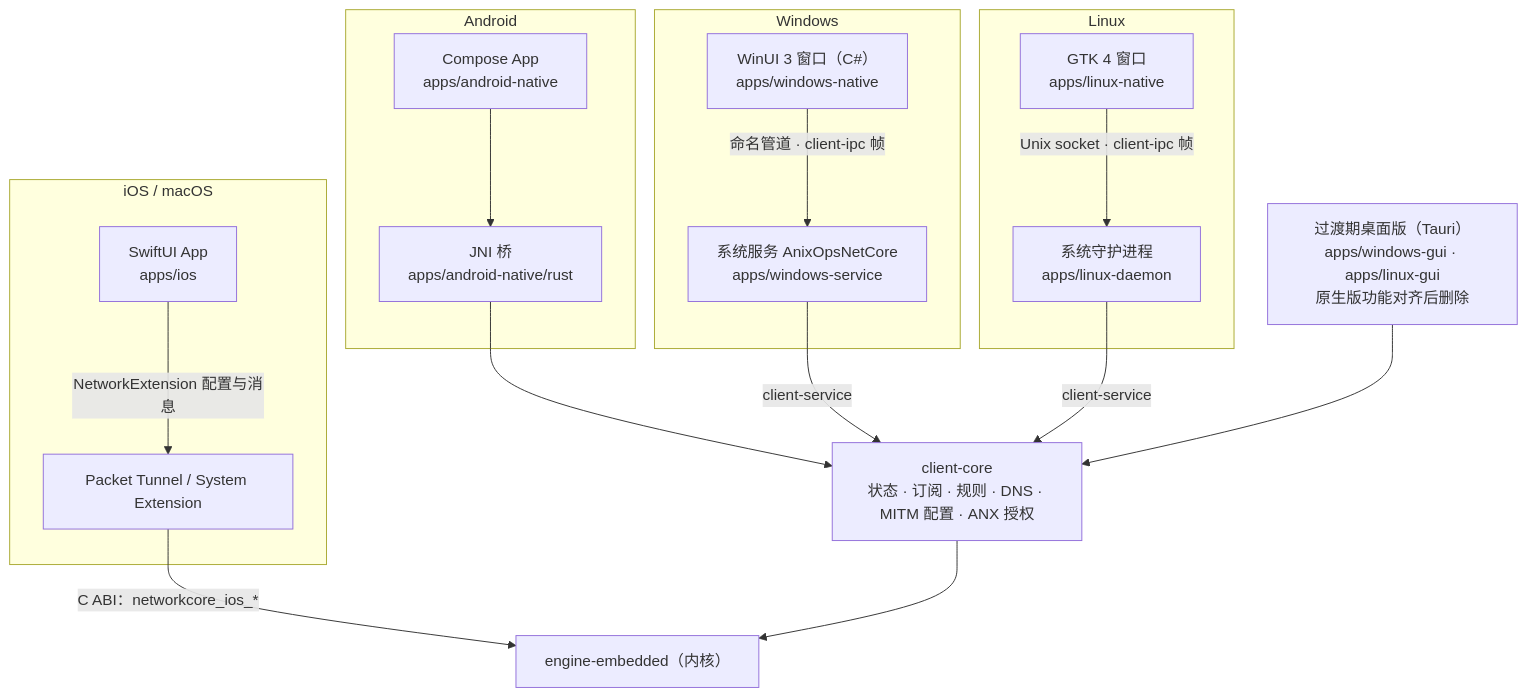
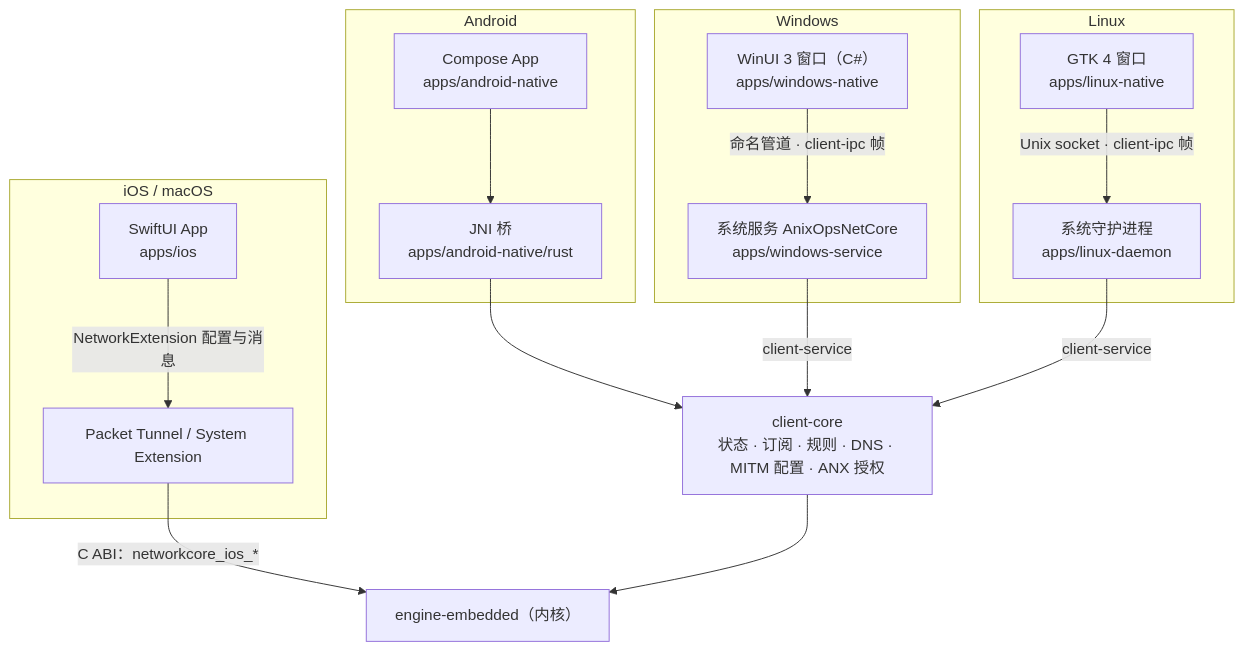
The second of 4 diagrams in docs/architecture.md (AnixOps/anixops-net), drawn with Mermaid before and after one commit. The commit also changed 224 other files, not shown here.

````diff
--- a/docs/architecture.md
+++ b/docs/architecture.md
@@ -69,38 +69,35 @@
 ```mermaid
 flowchart TB
     subgraph APPLE["iOS / macOS"]
         SW["SwiftUI App<br/>apps/ios"]
         PT["Packet Tunnel / System Extension"]
         SW -- "NetworkExtension 配置与消息" --> PT
     end
 
     subgraph ANDROID["Android"]
         CP["Compose App<br/>apps/android-native"]
         JNI["JNI 桥<br/>apps/android-native/rust"]
         CP --> JNI
     end
 
     subgraph WIN["Windows"]
         WU["WinUI 3 窗口（C#）<br/>apps/windows-native"]
         WS["系统服务 AnixOpsNetCore<br/>apps/windows-service"]
         WU -- "命名管道 · client-ipc 帧" --> WS
     end
 
     subgraph LINUX["Linux"]
         GT["GTK 4 窗口<br/>apps/linux-native"]
         LD["系统守护进程<br/>apps/linux-daemon"]
         GT -- "Unix socket · client-ipc 帧" --> LD
     end
 
-    TAURI["过渡期桌面版（Tauri）<br/>apps/windows-gui · apps/linux-gui<br/>原生版功能对齐后删除"]
-
     CORE2["client-core<br/>状态 · 订阅 · 规则 · DNS · MITM 配置 · ANX 授权"]
     ENG["engine-embedded（内核）"]
 
     PT -- "C ABI：networkcore_ios_*" --> ENG
     JNI --> CORE2
     WS -- "client-service" --> CORE2
     LD -- "client-service" --> CORE2
-    TAURI --> CORE2
     CORE2 --> ENG
 ```
````
